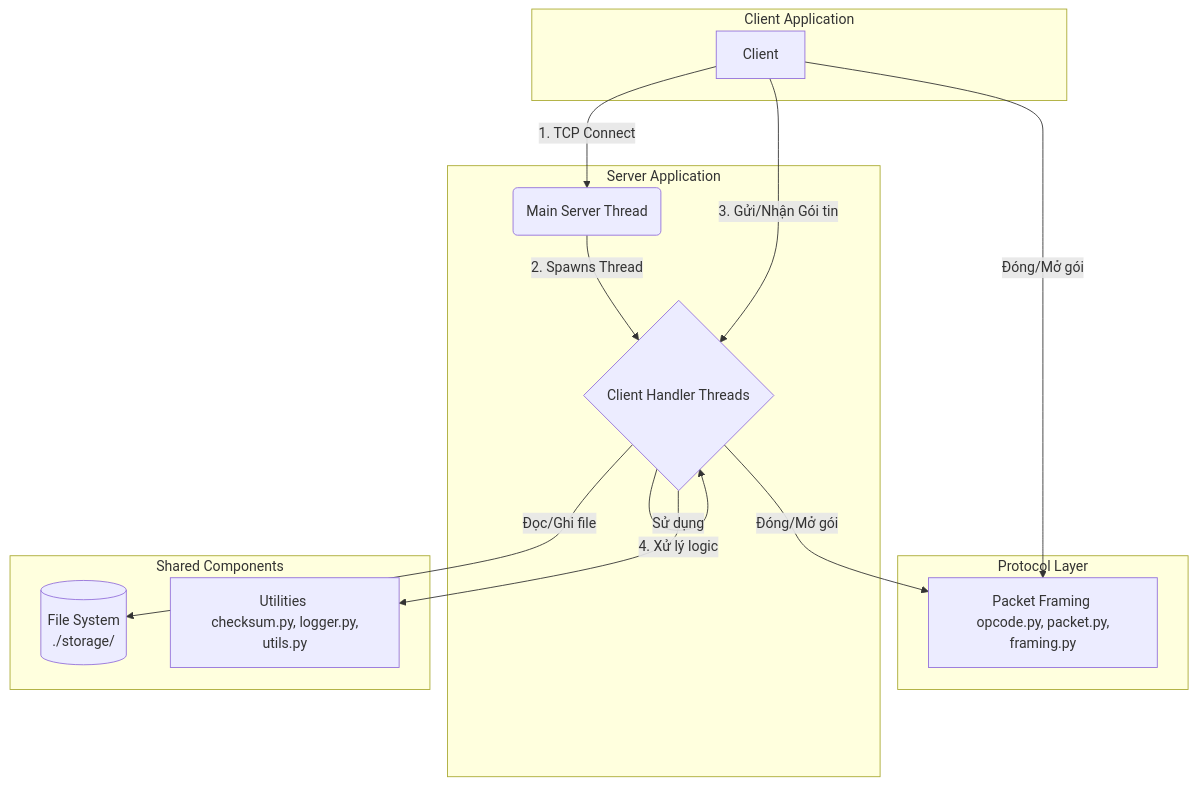
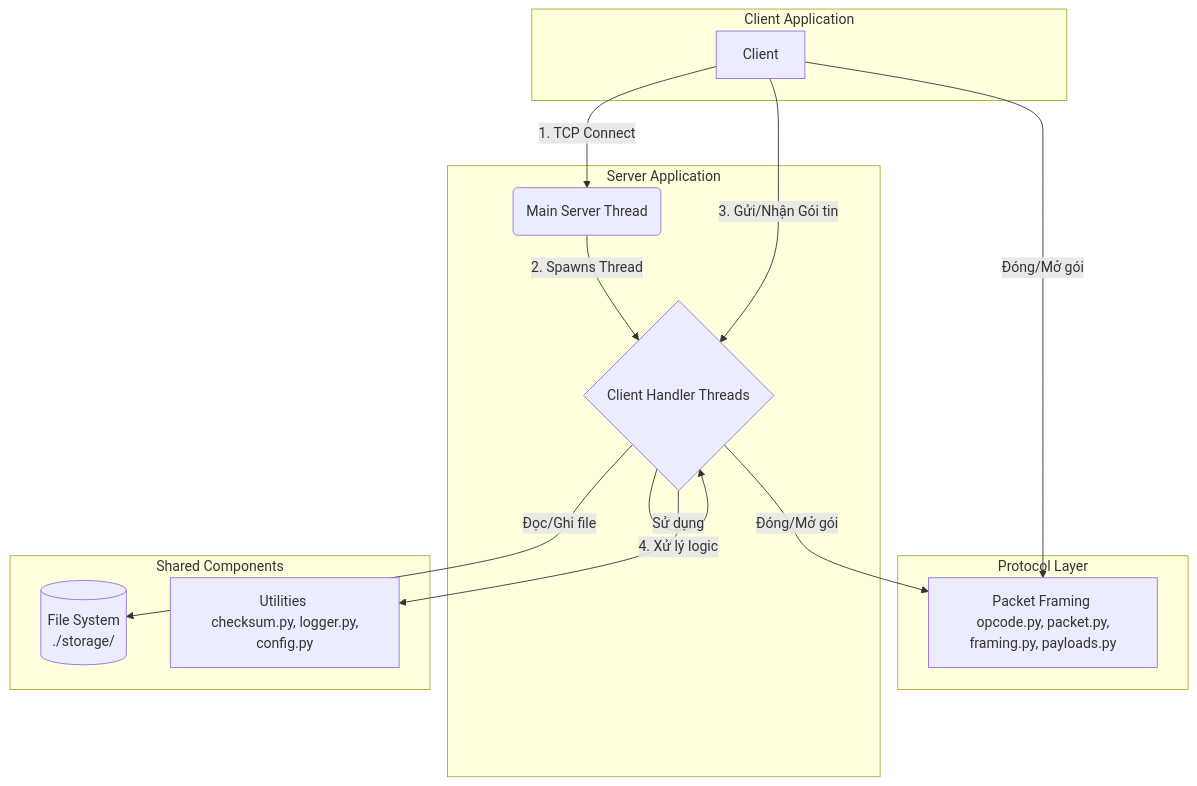
The diagram in README.md (Quan064/FileTransfer), drawn with Mermaid before and after one commit. The commit also changed 3 other files, not shown here.

````diff
--- a/README.md
+++ b/README.md
@@ -17,31 +17,31 @@
 ```mermaid
 graph TD
     subgraph "Client Application"
         A[Client]
     end
 
     subgraph "Server Application"
         B(Main Server Thread)
         C{Client Handler Threads}
     end
 
     subgraph "Protocol Layer"
-        P[Packet Framing <br/> opcode.py, packet.py, framing.py]
+        P[Packet Framing <br/> opcode.py, packet.py, framing.py, payloads.py]
     end
 
     subgraph "Shared Components"
-        U[Utilities <br/> checksum.py, logger.py, utils.py]
+        U[Utilities <br/> checksum.py, logger.py, config.py]
         FS[(File System <br/> ./storage/)]
     end
 
     A -- "1. TCP Connect" --> B
     B -- "2. Spawns Thread" --> C
     A -- "3. Gửi/Nhận Gói tin" --> C
     
     C -- "4. Xử lý logic" --> C
     C -- "Đọc/Ghi file" --> FS
     C -- "Sử dụng" --> U
 
     A -- "Đóng/Mở gói" --> P
     C -- "Đóng/Mở gói" --> P
 ```
````
